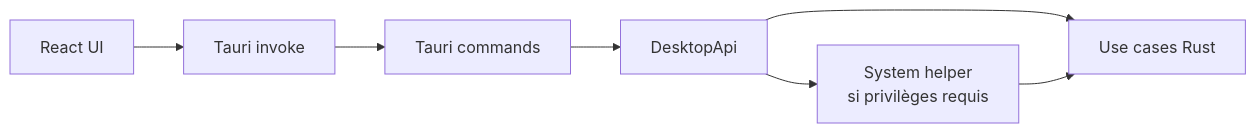
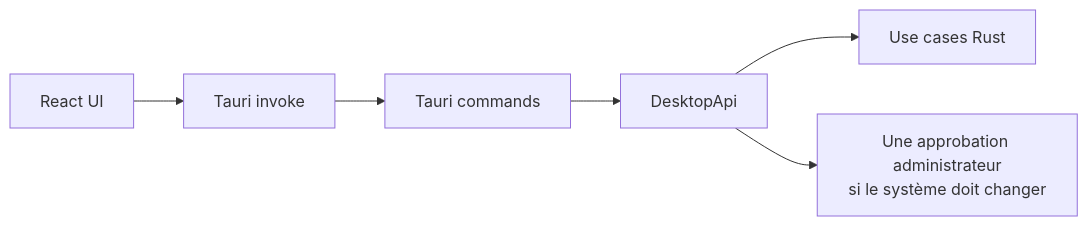
One commit to Synapsr/Localify changed the sixth of 8 diagrams in docs/localify-technical-overview.md. Above: the diagram before and after it, drawn with Mermaid. The commit also changed other lines of this file and 97 other files, not shown here.

````diff
--- a/docs/localify-technical-overview.md
+++ b/docs/localify-technical-overview.md
@@ -234,13 +234,12 @@
 ```mermaid
 flowchart LR
   React["React UI"]
   Invoke["Tauri invoke"]
   Commands["Tauri commands"]
   Api["DesktopApi"]
   Core["Use cases Rust"]
-  Helper["System helper<br/>si privilèges requis"]
+  Approval["Une approbation administrateur<br/>si le système doit changer"]
 
   React --> Invoke --> Commands --> Api --> Core
-  Api --> Helper
-  Helper --> Core
+  Api --> Approval
 ```
````
